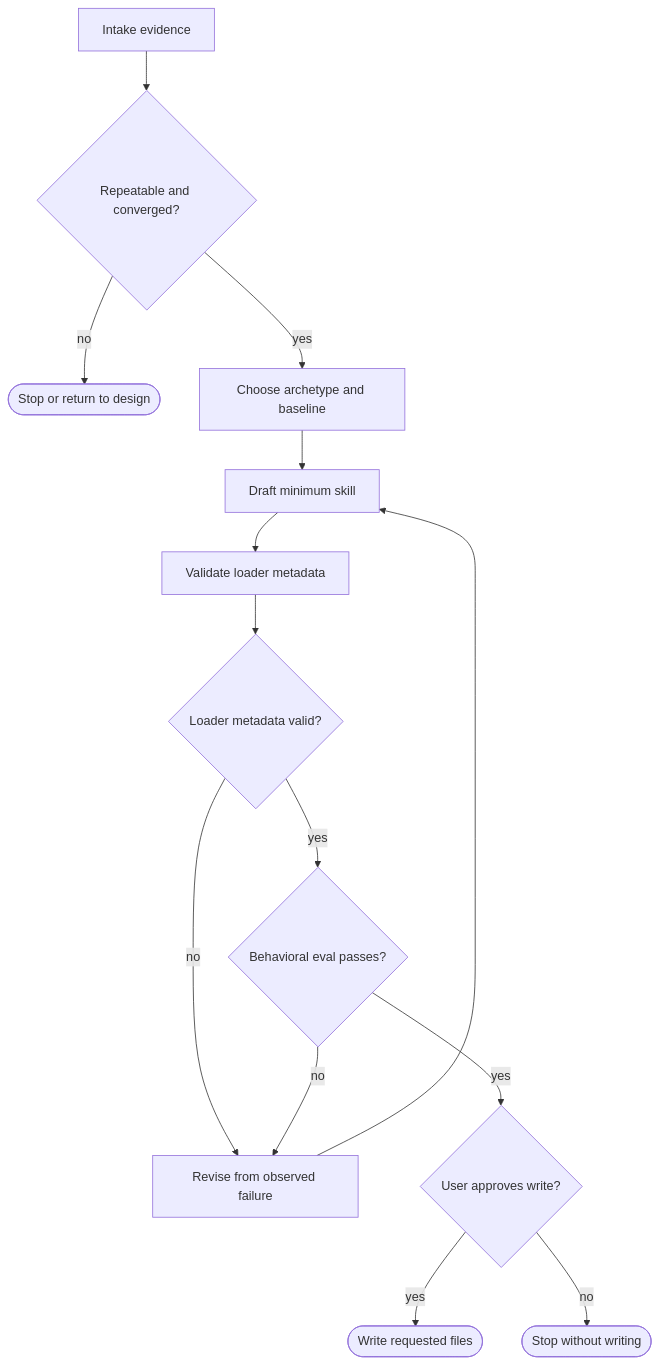
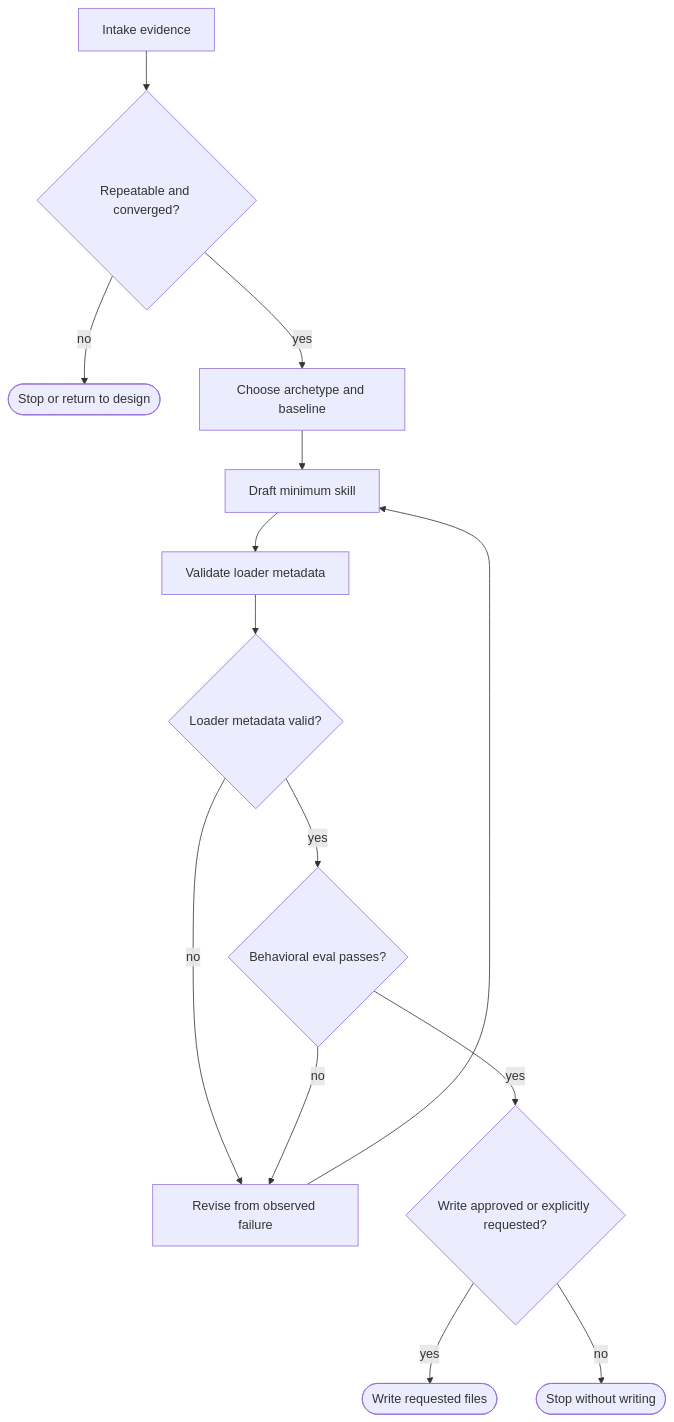
One commit to waynejing995/wayne-taste changed the diagram in wayne-skill-forge/SKILL.md. Above: the diagram before and after it, drawn with Mermaid. The commit also changed other lines of this file, not shown here.

First line of the commit message:
fix:/wayne-skill-forge - repair orphan term, Flow/process gate mismatch, and duplicates

````diff
--- a/wayne-skill-forge/SKILL.md
+++ b/wayne-skill-forge/SKILL.md
@@ -86,28 +86,28 @@
 ```mermaid
 flowchart TB
     A["Intake evidence"]
     B{"Repeatable and converged?"}
     X(["Stop or return to design"])
     C["Choose archetype and baseline"]
     D["Draft minimum skill"]
     E["Validate loader metadata"]
     V{"Loader metadata valid?"}
     F{"Behavioral eval passes?"}
     R["Revise from observed failure"]
-    G{"User approves write?"}
+    G{"Write approved or explicitly requested?"}
     W(["Write requested files"])
     S(["Stop without writing"])
     A --> B
     B -->|"no"| X
     B -->|"yes"| C
     C --> D
     D --> E
     E --> V
     V -->|"no"| R
     V -->|"yes"| F
     F -->|"no"| R
     R --> D
     F -->|"yes"| G
     G -->|"yes"| W
     G -->|"no"| S
 ```
````
